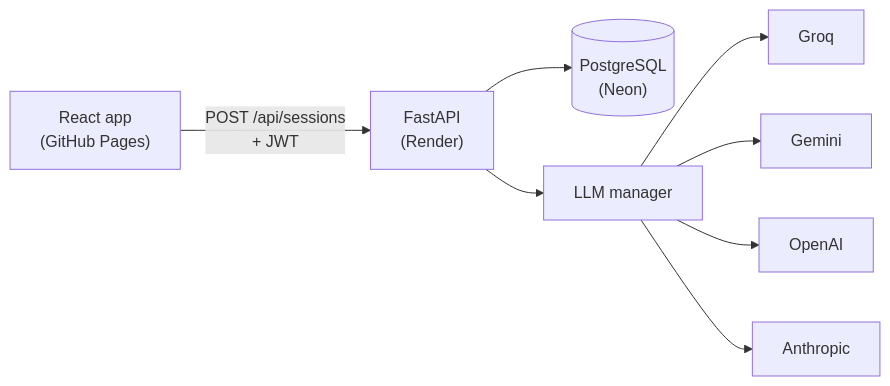
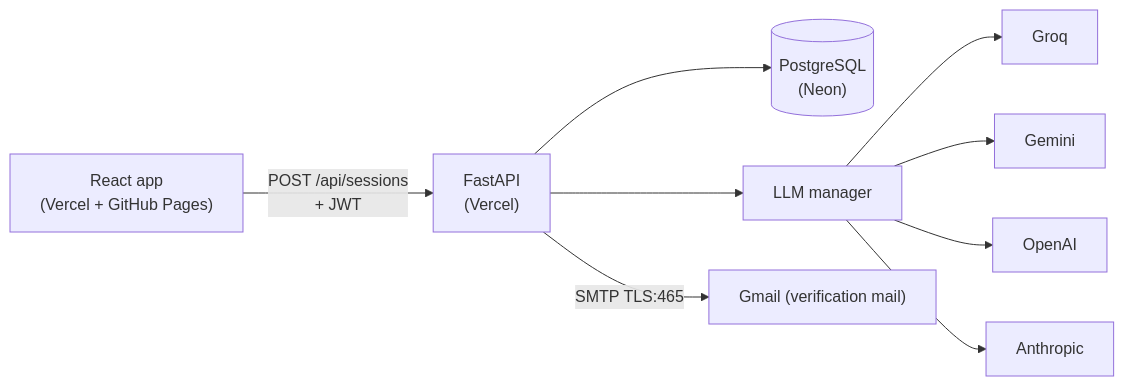
Before and after one commit to astroelaa/codementor-ai: the diagram in README.md, drawn with Mermaid. The commit also changed other lines of this file and 3 other files, not shown here.

Commit message:
Docs: sync README/checklist/overview/audit with live production state (144 tests, URLs, Vercel deploy steps, SMTP 465)

````diff
--- a/README.md
+++ b/README.md
@@ -12,10 +22,11 @@
 ```mermaid
 flowchart LR
-    UI["React app<br/>(GitHub Pages)"] -->|POST /api/sessions<br/>+ JWT| API["FastAPI<br/>(Render)"]
+    UI["React app<br/>(Vercel + GitHub Pages)"] -->|POST /api/sessions<br/>+ JWT| API["FastAPI<br/>(Vercel)"]
     API --> DB[("PostgreSQL<br/>(Neon)")]
     API --> LLM["LLM manager"]
     LLM --> G["Groq"]
     LLM --> Ge["Gemini"]
     LLM --> O["OpenAI"]
     LLM --> A["Anthropic"]
+    API -->|SMTP TLS:465| MAIL["Gmail (verification mail)"]
 ```
````
